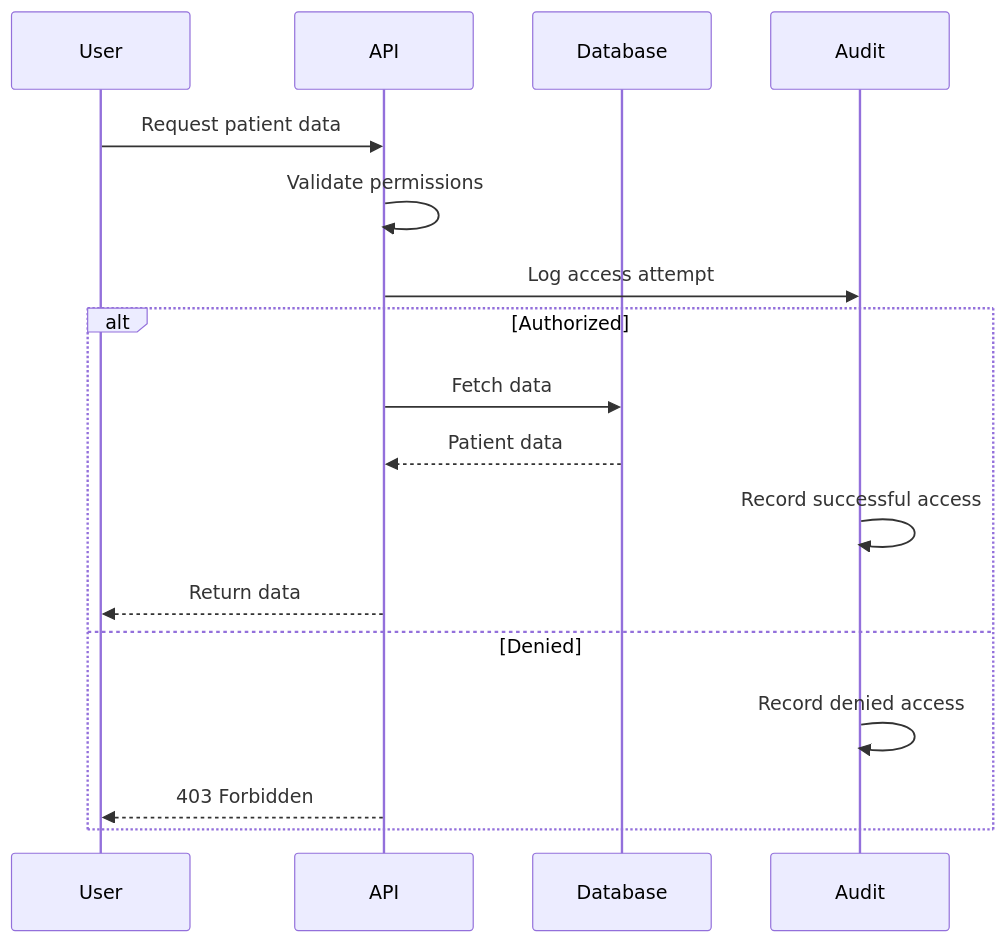
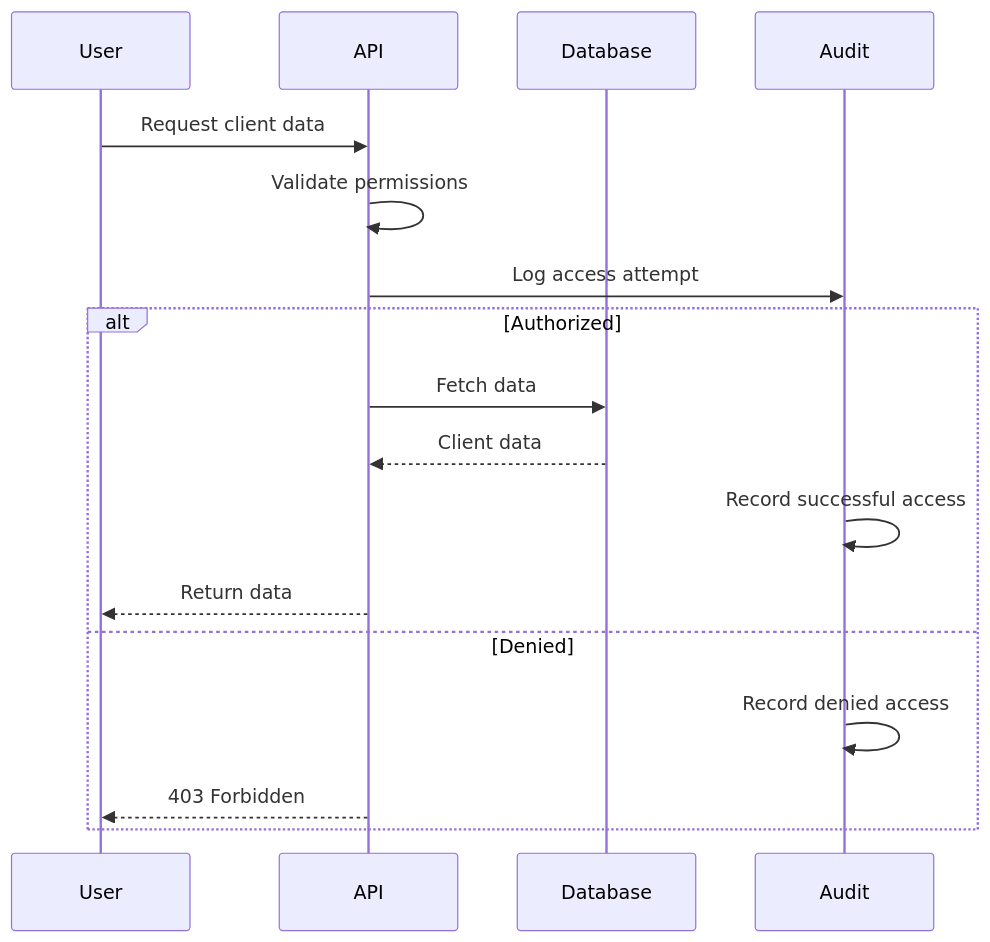
The second of 3 diagrams in specs/api/src/modules/audit.md (107maginhawa/dlemon), drawn with Mermaid before and after one commit. The commit also changed other lines of this file and 37 other files, not shown here.

````diff
--- a/specs/api/src/modules/audit.md
+++ b/specs/api/src/modules/audit.md
@@ -227,21 +227,21 @@
 ```mermaid
 sequenceDiagram
     participant User
     participant API
     participant Database
     participant Audit
     
-    User->>API: Request patient data
+    User->>API: Request client data
     API->>API: Validate permissions
     API->>Audit: Log access attempt
     
     alt Authorized
         API->>Database: Fetch data
-        Database-->>API: Patient data
+        Database-->>API: Client data
         Audit->>Audit: Record successful access
         API-->>User: Return data
     else Denied
         Audit->>Audit: Record denied access
         API-->>User: 403 Forbidden
     end
 ```
````
